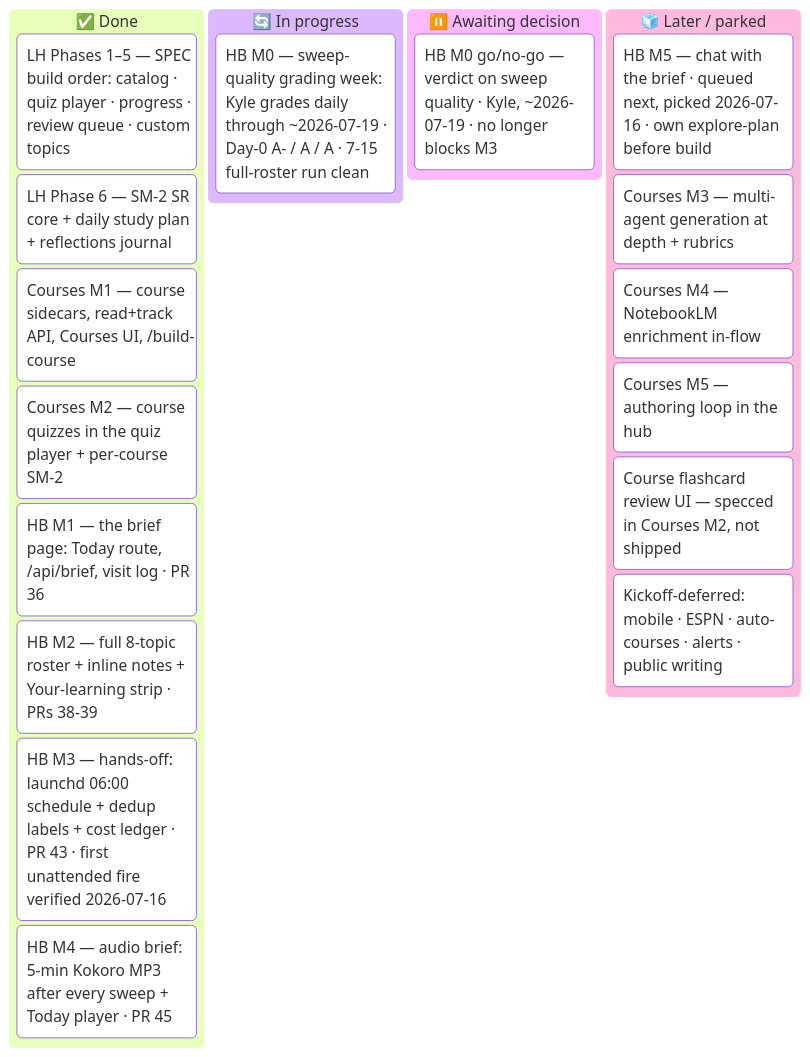
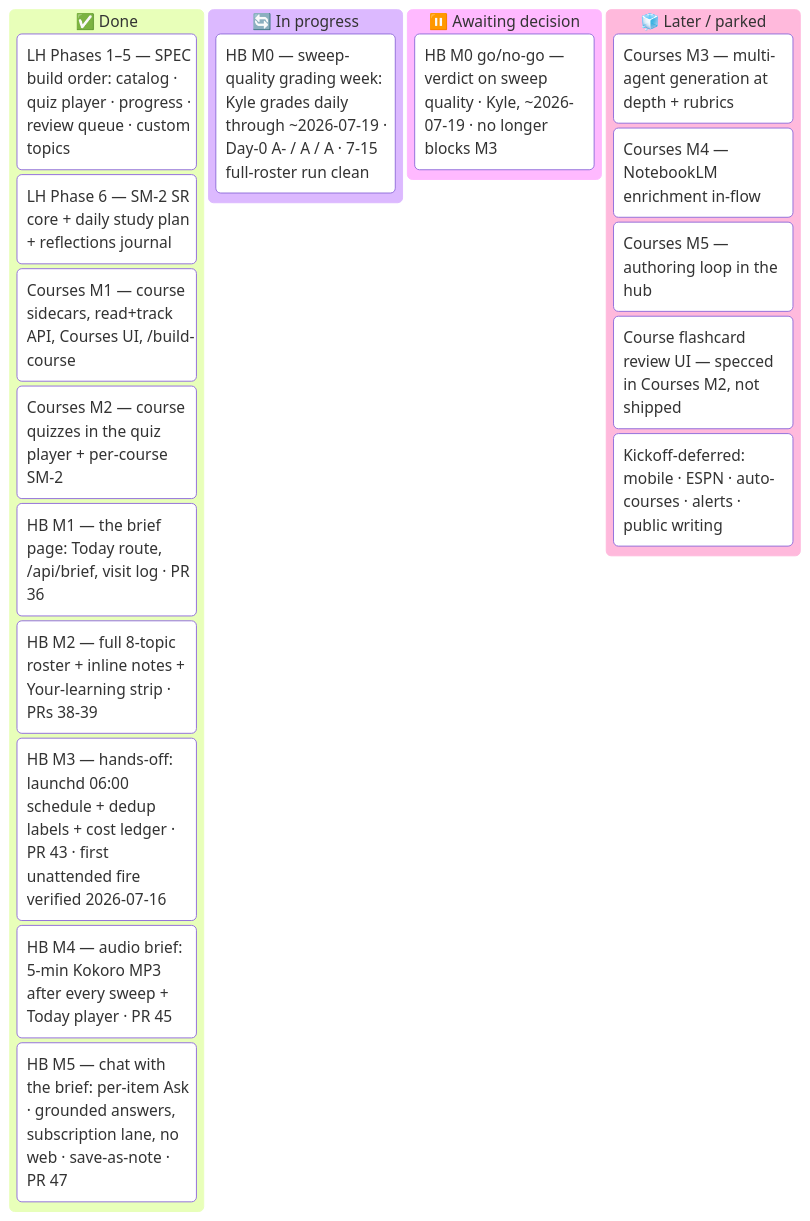
One commit to ksdisch/home-base changed the diagram in docs/MASTER_PLAN.md. Above: the diagram before and after it, drawn with Mermaid. The commit also changed other lines of this file and 12 other files, not shown here.

````diff
--- a/docs/MASTER_PLAN.md
+++ b/docs/MASTER_PLAN.md
@@ -37,23 +38,23 @@
 ```mermaid
 kanban
   done["✅ Done"]
     lh15["LH Phases 1–5 — SPEC build order: catalog · quiz player · progress · review queue · custom topics"]
     lh6["LH Phase 6 — SM-2 SR core + daily study plan + reflections journal"]
     lh7["Courses M1 — course sidecars, read+track API, Courses UI, /build-course"]
     lh7m2["Courses M2 — course quizzes in the quiz player + per-course SM-2"]
     hbm1["HB M1 — the brief page: Today route, /api/brief, visit log · PR 36"]
     hbm2["HB M2 — full 8-topic roster + inline notes + Your-learning strip · PRs 38-39"]
     hbm3["HB M3 — hands-off: launchd 06:00 schedule + dedup labels + cost ledger · PR 43 · first unattended fire verified 2026-07-16"]
     hbm4["HB M4 — audio brief: 5-min Kokoro MP3 after every sweep + Today player · PR 45"]
+    hbm5["HB M5 — chat with the brief: per-item Ask · grounded answers, subscription lane, no web · save-as-note · PR 47"]
   doing["🔄 In progress"]
     hbm0["HB M0 — sweep-quality grading week: Kyle grades daily through ~2026-07-19 · Day-0 A- / A / A · 7-15 full-roster run clean"]
   decide["⏸️ Awaiting decision"]
     hbm0verdict["HB M0 go/no-go — verdict on sweep quality · Kyle, ~2026-07-19 · no longer blocks M3"]
   later["🧊 Later / parked"]
-    hbm5["HB M5 — chat with the brief · queued next, picked 2026-07-16 · own explore-plan before build"]
     cm3["Courses M3 — multi-agent generation at depth + rubrics"]
     cm4["Courses M4 — NotebookLM enrichment in-flow"]
     cm5["Courses M5 — authoring loop in the hub"]
     fcui["Course flashcard review UI — specced in Courses M2, not shipped"]
     defer["Kickoff-deferred: mobile · ESPN · auto-courses · alerts · public writing"]
 ```
````
